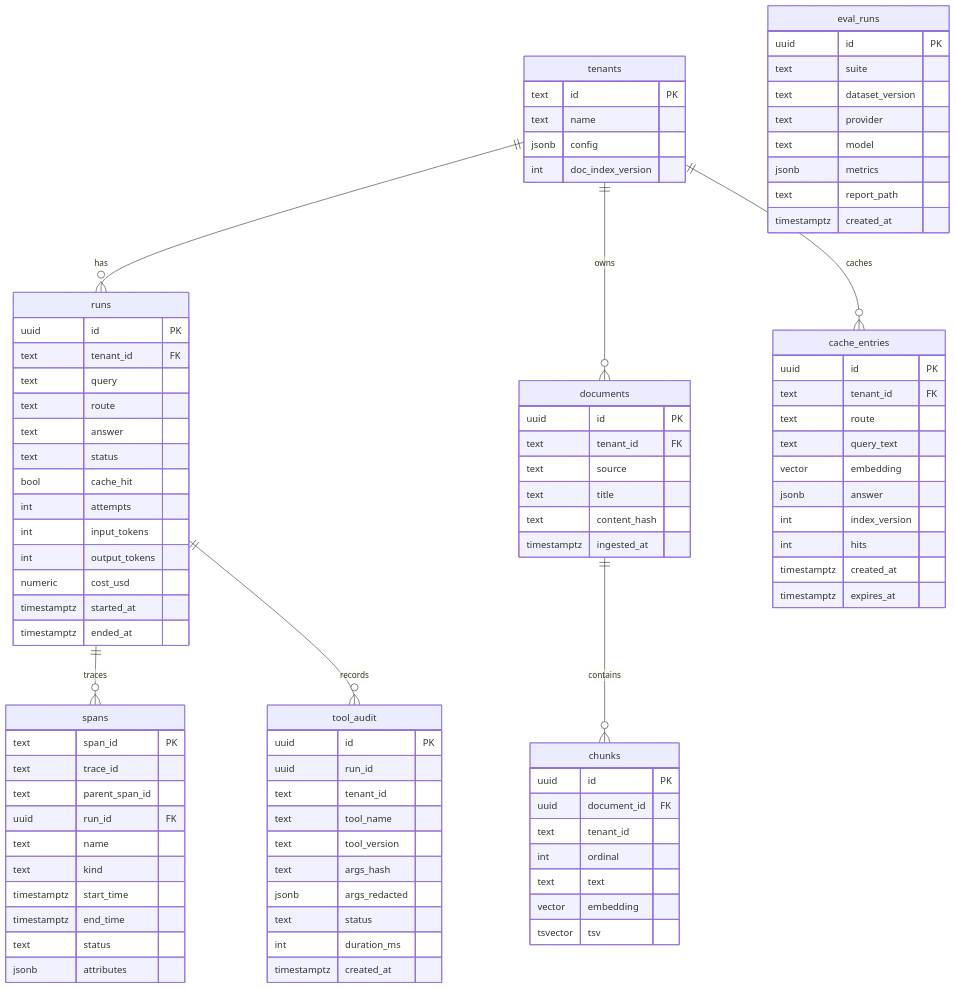
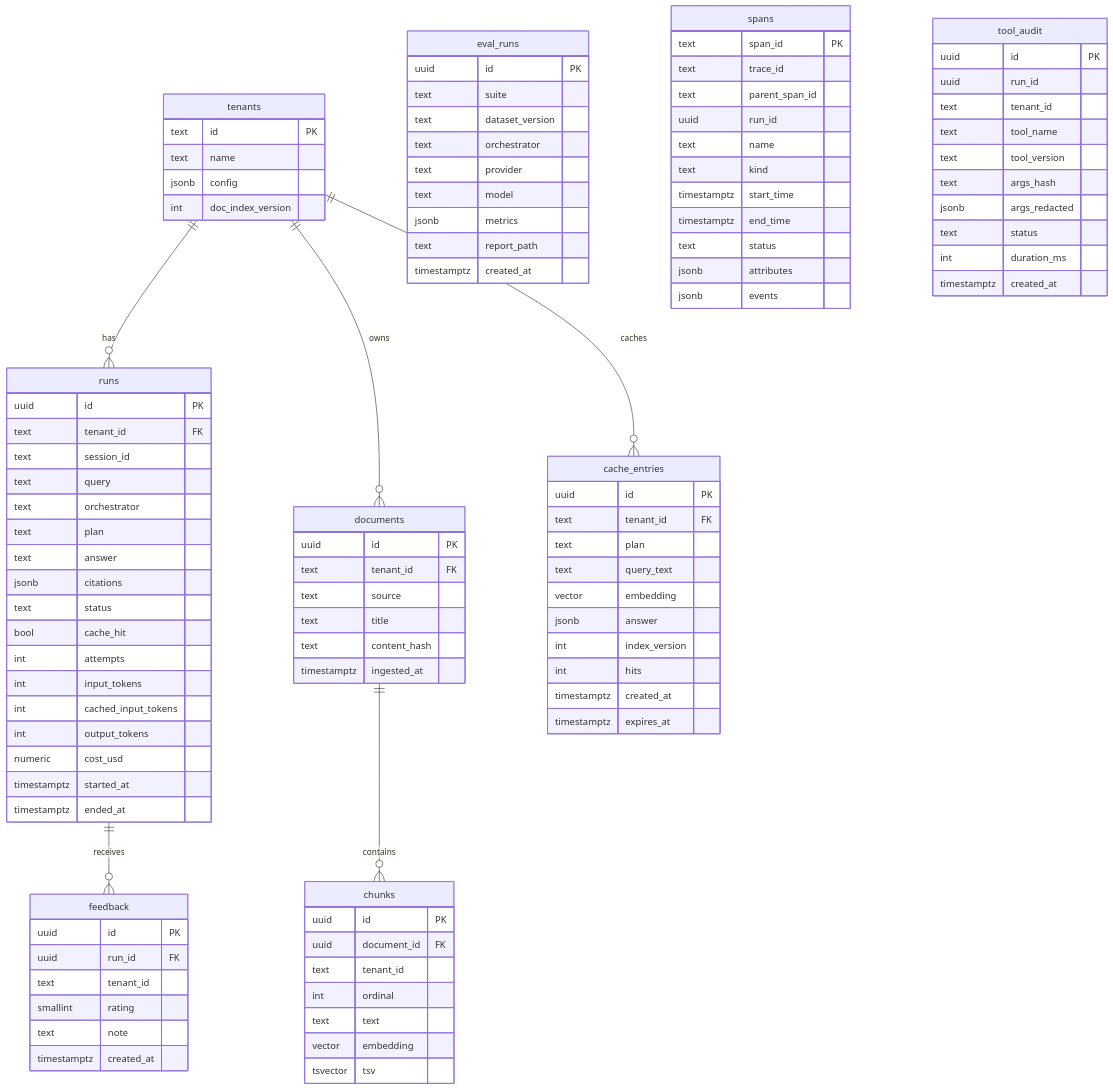
One commit to z27833009/switchboard changed the fourth of 4 diagrams in docs/spec/design.md. Above: the diagram before and after it, drawn with Mermaid. The commit also changed other lines of this file and 17 other files, not shown here.

````diff
--- a/docs/spec/design.md
+++ b/docs/spec/design.md
@@ -495,13 +745,13 @@
   tenants ||--o{ runs : has
   tenants ||--o{ documents : owns
   documents ||--o{ chunks : contains
-  runs ||--o{ spans : traces
-  runs ||--o{ tool_audit : records
+  runs ||--o{ feedback : receives
   tenants ||--o{ cache_entries : caches
   eval_runs {
     uuid id PK
     text suite
     text dataset_version
+    text orchestrator
     text provider
     text model
     jsonb metrics
@@ -517,13 +767,17 @@
   runs {
     uuid id PK
     text tenant_id FK
+    text session_id
     text query
-    text route
+    text orchestrator
+    text plan
     text answer
+    jsonb citations
     text status
     bool cache_hit
     int attempts
     int input_tokens
+    int cached_input_tokens
     int output_tokens
     numeric cost_usd
     timestamptz started_at
@@ -533,13 +787,14 @@
     text span_id PK
     text trace_id
     text parent_span_id
-    uuid run_id FK
+    uuid run_id
     text name
     text kind
     timestamptz start_time
     timestamptz end_time
     text status
     jsonb attributes
+    jsonb events
   }
   documents {
     uuid id PK
@@ -561,7 +816,7 @@
   cache_entries {
     uuid id PK
     text tenant_id FK
-    text route
+    text plan
     text query_text
     vector embedding
     jsonb answer
@@ -582,4 +837,12 @@
     int duration_ms
     timestamptz created_at
   }
+  feedback {
+    uuid id PK
+    uuid run_id FK
+    text tenant_id
+    smallint rating
+    text note
+    timestamptz created_at
+  }
 ```
````
